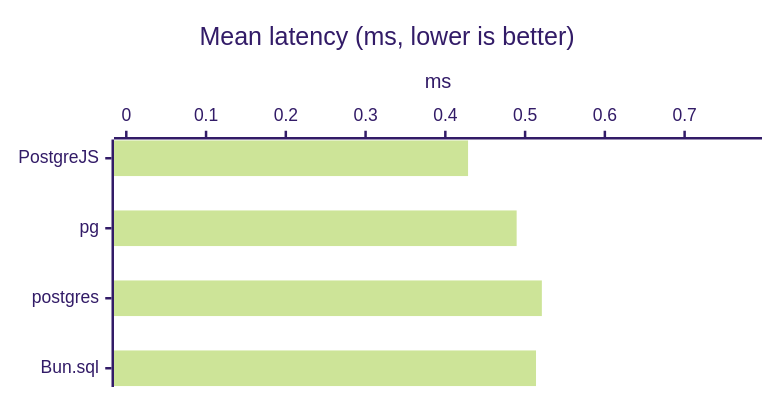
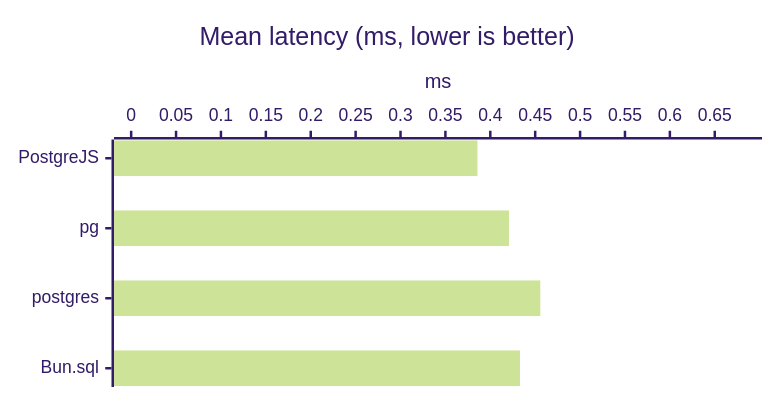
The fourth of 47 diagrams in doc/BENCHMARKS-bun.md (panates/postgrejs), drawn with Mermaid (forest theme) before and after one commit. The commit also changed other lines of this file and 1 other file, not shown here.

````diff
--- a/doc/BENCHMARKS-bun.md
+++ b/doc/BENCHMARKS-bun.md
@@ -150,8 +152,8 @@
 ```mermaid
 %%{init: {'xyChart': {'width': 600, 'height': 300, 'chartOrientation': 'horizontal'}}}%%
 xychart-beta
     title "Mean latency (ms, lower is better)"
     x-axis ["PostgreJS", "pg", "postgres", "Bun.sql"]
-    y-axis "ms" 0.0000 --> 0.7816
-    bar [0.4285, 0.4894, 0.5210, 0.5137]
+    y-axis "ms" 0.0000 --> 0.6835
+    bar [0.3857, 0.4208, 0.4557, 0.4331]
 ```
````
